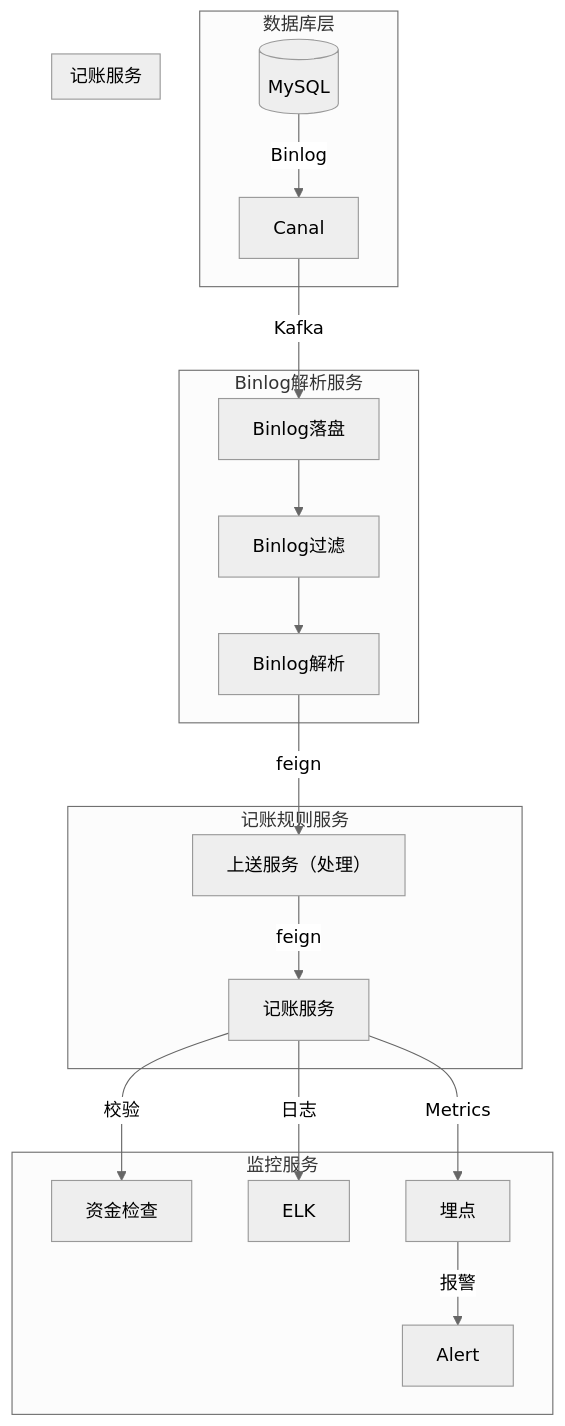
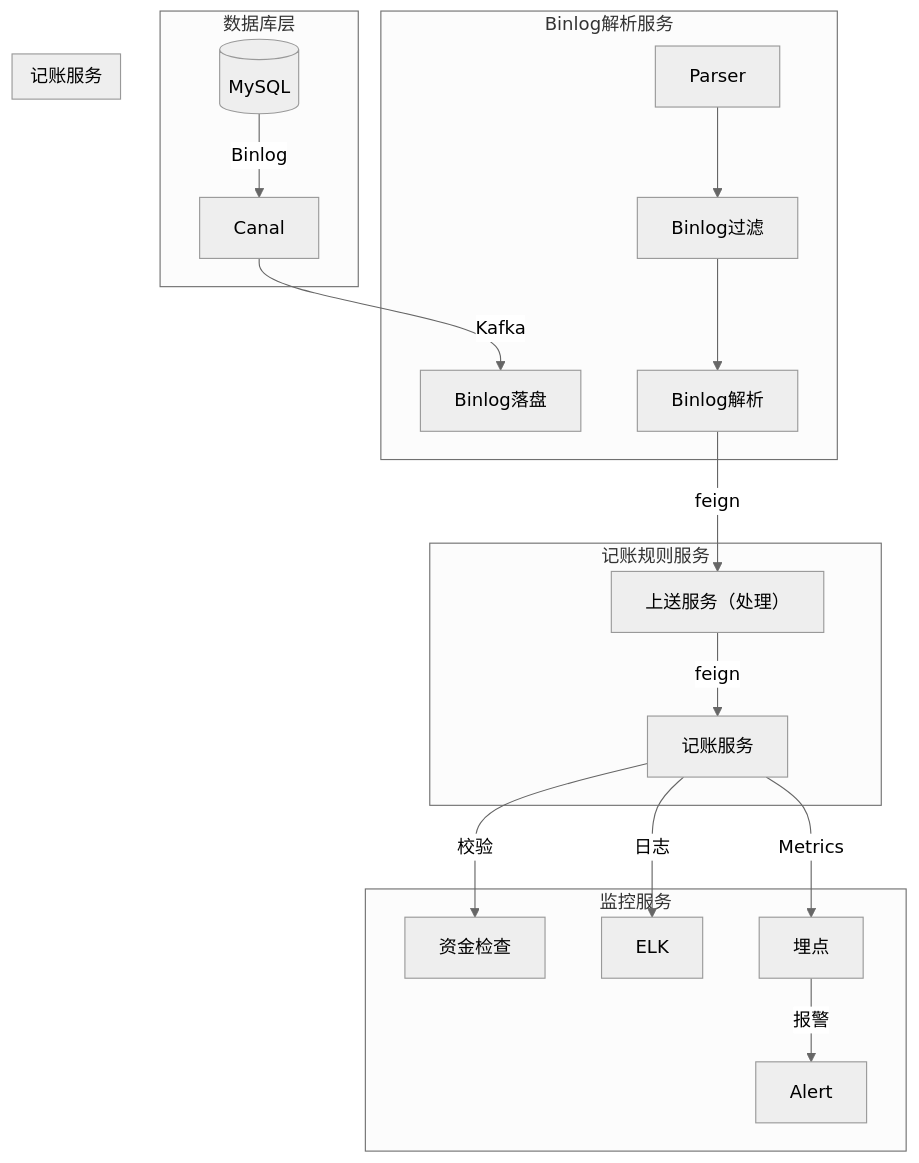
The diagram in all/记账架构图.md (87828943/iodraw-files), drawn with Mermaid (neutral theme) before and after one commit.

Commit message:
2025-07-07 14:44:20 update

````diff
--- a/all/记账架构图.md
+++ b/all/记账架构图.md
@@ -1,24 +1,24 @@
 ```mermaid
 graph TB
     subgraph 数据库层
         DB[(MySQL)] -->|Binlog| Canal
     end
     subgraph Binlog解析服务
-        Canal -->|Kafka| Parser[Binlog落盘]
+        Canal -->|Kafka| Bing[Binlog落盘]
         Parser --> Parser1[Binlog过滤]
         Parser1 --> Parser2[Binlog解析]
     end
     subgraph 记账规则服务
         Parser2 -->|feign| Engine[上送服务（处理）]
         Engine -->|feign| Accounting[记账服务]
     end
     subgraph 记账服务
        
     end
     subgraph 监控服务
         Accounting --> |校验| 资金检查
         Accounting -->|日志| ELK
         Accounting -->|Metrics| 埋点
         埋点 -->|报警| Alert
     end
 ```
````
